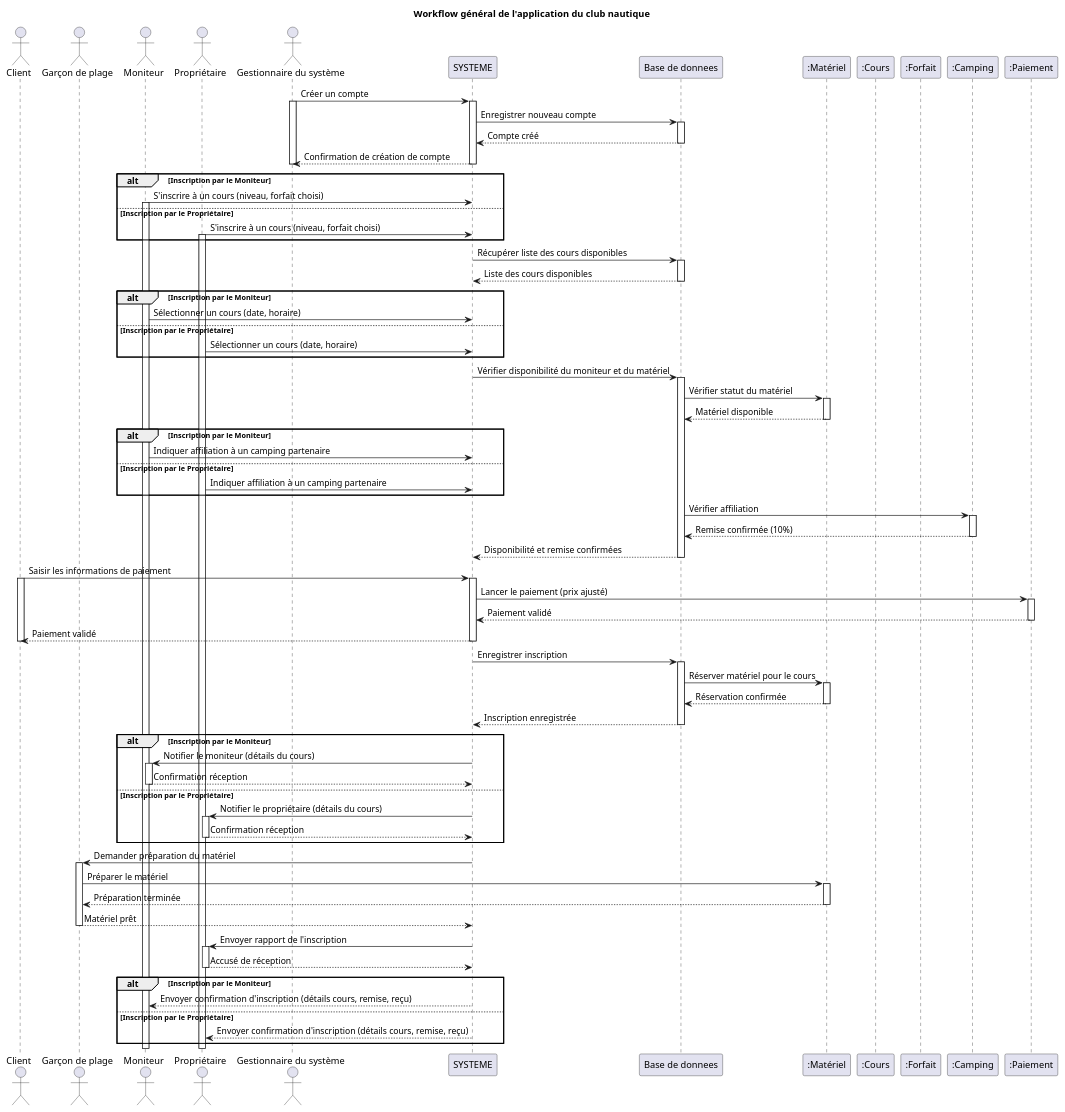
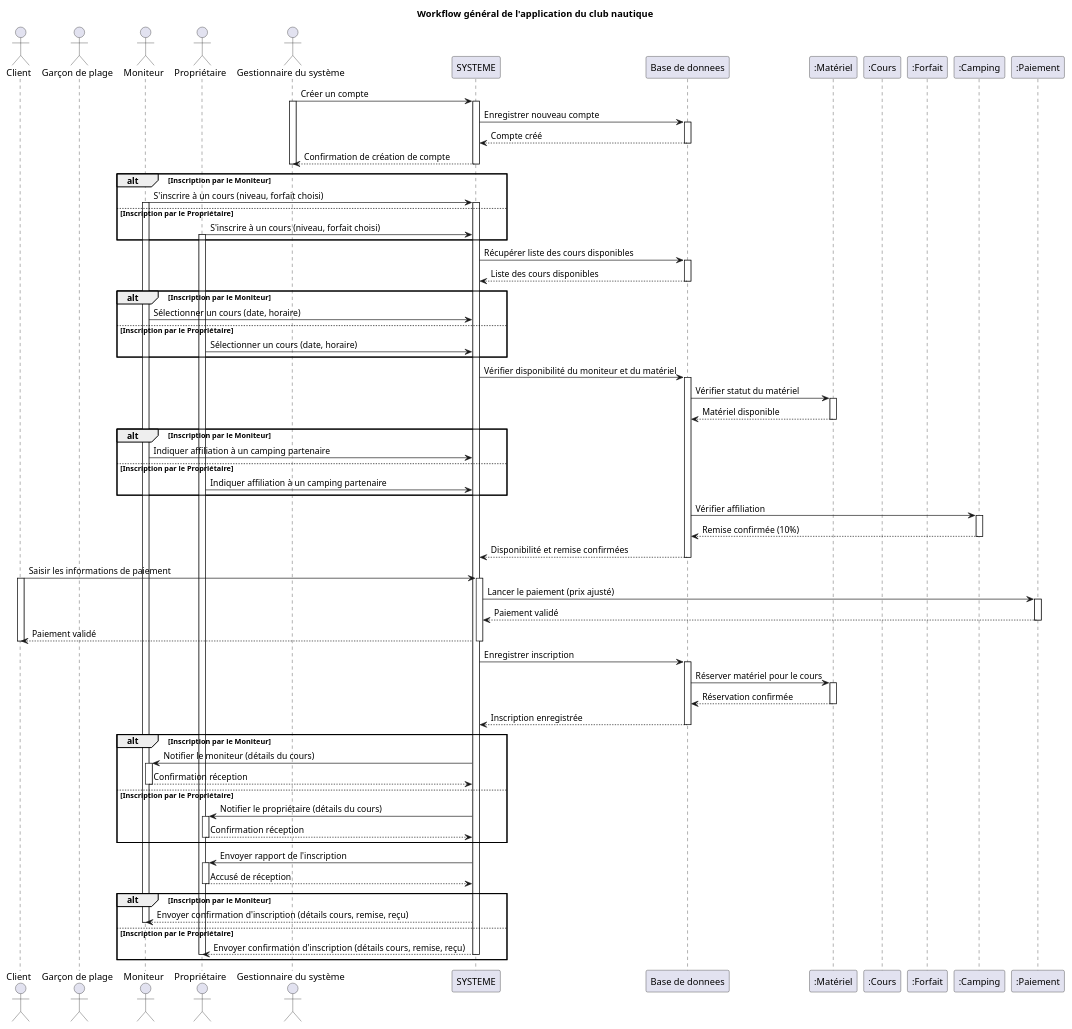
One commit to Hugo-COLLIN/MIAGE_CSI_NauticalClub changed the diagram in docs/1-analysis/sequenceDiagrams/workflowSequenceDiagram.puml. Above: the diagram before and after it, drawn with PlantUML.

Commit message:
docs: updating general workflow based on meeting

```diff
--- a/docs/1-analysis/sequenceDiagrams/workflowSequenceDiagram.puml
+++ b/docs/1-analysis/sequenceDiagrams/workflowSequenceDiagram.puml
@@ -1,126 +1,116 @@
 @startuml
 actor Client as C
 actor "Garçon de plage" as G
 actor "Moniteur" as M
 actor "Propriétaire" as P
 actor "Gestionnaire du système" as A
 participant "SYSTEME" as App
 participant "Base de donnees" as DB
 participant ":Matériel" as Mat
 participant ":Cours" as Cour
 participant ":Forfait" as Forf
 participant ":Camping" as Camp
 participant ":Paiement" as Pay
 
 title Workflow général de l'application du club nautique
 
 A -> App : Créer un compte
 activate A
 activate App
 App -> DB : Enregistrer nouveau compte
 activate DB
 DB --> App : Compte créé
 deactivate DB
 App --> A : Confirmation de création de compte
 deactivate App
 deactivate A
 
 alt Inscription par le Moniteur
     M -> App : S'inscrire à un cours (niveau, forfait choisi)
     activate M
+    activate App
 else Inscription par le Propriétaire
     P -> App : S'inscrire à un cours (niveau, forfait choisi)
     activate P
 end
 
 activate App
 
 App -> DB : Récupérer liste des cours disponibles
 activate DB
 DB --> App : Liste des cours disponibles
 deactivate DB
 
 alt Inscription par le Moniteur
     M -> App : Sélectionner un cours (date, horaire)
 else Inscription par le Propriétaire
     P -> App : Sélectionner un cours (date, horaire)
 end
 
 App -> DB : Vérifier disponibilité du moniteur et du matériel
 activate DB
 DB -> Mat : Vérifier statut du matériel
 activate Mat
 Mat --> DB : Matériel disponible
 deactivate Mat
 
 alt Inscription par le Moniteur
     M -> App : Indiquer affiliation à un camping partenaire
 else Inscription par le Propriétaire
     P -> App : Indiquer affiliation à un camping partenaire
 end
 
 DB -> Camp : Vérifier affiliation
 activate Camp
 Camp --> DB : Remise confirmée (10%)
 deactivate Camp
 
 DB --> App : Disponibilité et remise confirmées
 deactivate DB
 
 C -> App : Saisir les informations de paiement
 activate C
 activate App
 App -> Pay : Lancer le paiement (prix ajusté)
 activate Pay
 Pay --> App : Paiement validé
 deactivate Pay
 App --> C : Paiement validé
 deactivate C
 deactivate App
 
 App -> DB : Enregistrer inscription
 activate DB
 DB -> Mat : Réserver matériel pour le cours
 activate Mat
 Mat --> DB : Réservation confirmée
 deactivate Mat
 DB --> App : Inscription enregistrée
 deactivate DB
 
 alt Inscription par le Moniteur
     App -> M : Notifier le moniteur (détails du cours)
     activate M
     M --> App : Confirmation réception
     deactivate M
 else Inscription par le Propriétaire
     App -> P : Notifier le propriétaire (détails du cours)
     activate P
     P --> App : Confirmation réception
     deactivate P
 end
 
-App -> G : Demander préparation du matériel
-activate G
-G -> Mat : Préparer le matériel
-activate Mat
-Mat --> G : Préparation terminée
-deactivate Mat
-G --> App : Matériel prêt
-deactivate G
-
 App -> P : Envoyer rapport de l'inscription
 activate P
 P --> App : Accusé de réception
 deactivate P
 
 alt Inscription par le Moniteur
     App --> M : Envoyer confirmation d'inscription (détails cours, remise, reçu)
+    deactivate M
 else Inscription par le Propriétaire
     App --> P : Envoyer confirmation d'inscription (détails cours, remise, reçu)
+    deactivate App
+    deactivate P
 end
-
-deactivate G
-deactivate App
-deactivate C
-
 @enduml
```
